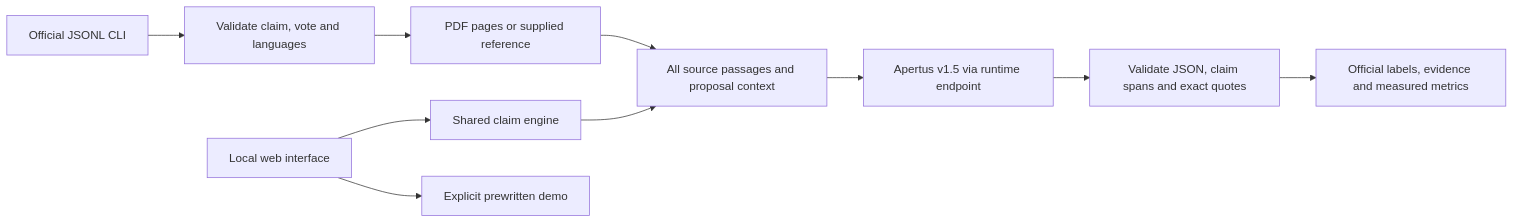
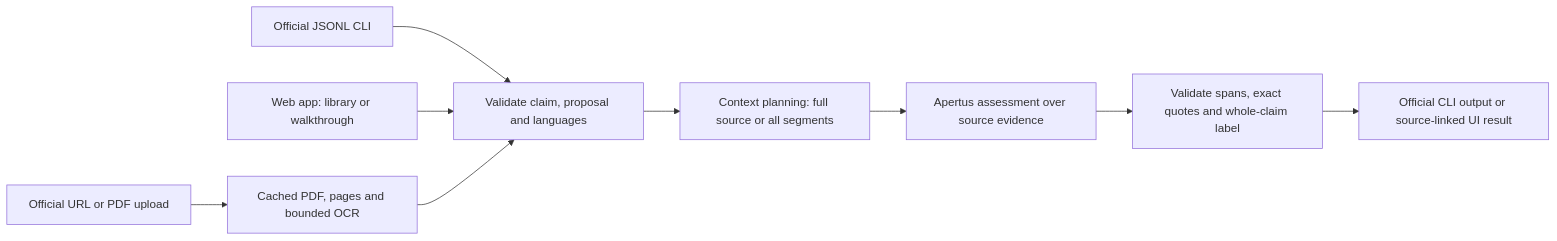
Before and after one commit to Xa4-wi/HackApertus: the diagram in track_2a/technical_report.md, drawn with Mermaid. The commit also changed other lines of this file and 40 other files, not shown here.

````diff
--- a/track_2a/technical_report.md
+++ b/track_2a/technical_report.md
@@ -15,12 +17,11 @@
 ```mermaid
 flowchart LR
-    A[Official JSONL CLI] --> B[Validate claim, vote and languages]
-    B --> C[PDF pages or supplied reference]
-    C --> D[All source passages and proposal context]
-    D --> E[Apertus v1.5 via runtime endpoint]
-    E --> F[Validate JSON, claim spans and exact quotes]
-    F --> G[Official labels, evidence and measured metrics]
-    H[Local web interface] --> I[Shared claim engine]
-    I --> D
-    H --> J[Explicit prewritten demo]
+    A[Official JSONL CLI] --> C[Validate claim, proposal and languages]
+    B[Web app: library or walkthrough] --> C
+    D[Official URL or PDF upload] --> E[Cached PDF, pages and bounded OCR]
+    E --> C
+    C --> F[Context planning: full source or all segments]
+    F --> G[Apertus assessment over source evidence]
+    G --> H[Validate spans, exact quotes and whole-claim label]
+    H --> I[Official CLI output or source-linked UI result]
 ```
````
